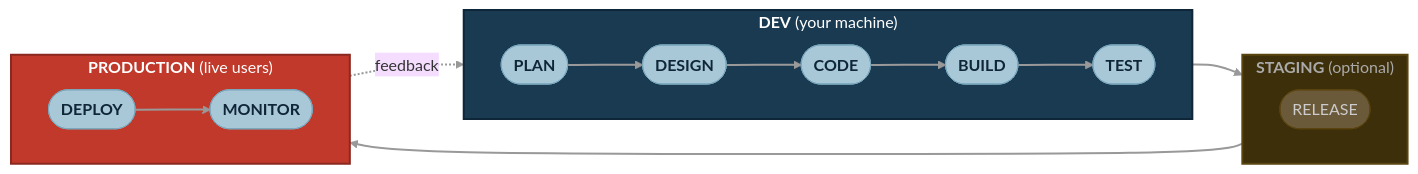
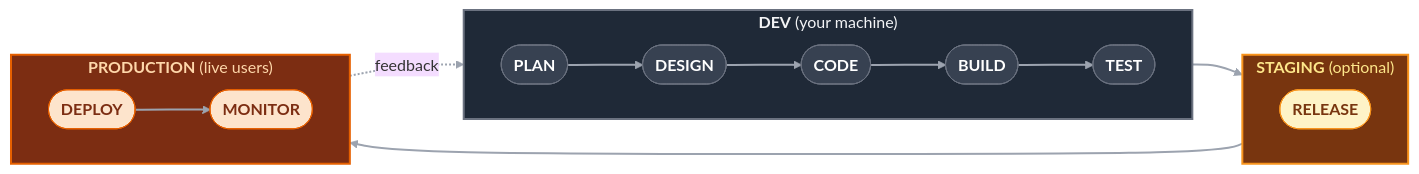
Before and after one commit to PuttTim/orbital-26-deployment-workshop: the third of 9 diagrams in slides/pages/part-1.md, drawn with Mermaid (base theme). The commit also changed other lines of this file and 1 other file, not shown here.

````diff
--- a/slides/pages/part-1.md
+++ b/slides/pages/part-1.md
@@ -194,31 +194,30 @@
 ```mermaid {scale: 0.68}
 flowchart LR
     subgraph DEV["<b>DEV</b> (your machine)"]
         direction LR
         P([PLAN]) --> D([DESIGN]) --> C([CODE]) --> B([BUILD]) --> T([TEST])
     end
     subgraph STG["<b>STAGING</b> (optional)"]
         direction LR
         R([RELEASE])
     end
     subgraph PROD["<b>PRODUCTION</b> (live users)"]
         direction LR
         O([DEPLOY]) --> M([MONITOR])
     end
     T ==> R ==> O
     M -.feedback.-> P
 
-    classDef devBox fill:#1a3a52,color:#fff,stroke:#0f2538,stroke-width:2px
-    classDef stgBox fill:#3d2f0a,color:#aaa,stroke:#5a4410,stroke-width:2px
-    classDef prodBox fill:#c0392b,color:#fff,stroke:#8b2820,stroke-width:2px
-    classDef phase fill:#a8c8d8,color:#0f2538,stroke:#7ba8bd,stroke-width:1px,font-weight:bold
-    classDef stgPhase fill:#6b5a3a,color:#ccc,stroke:#5a4410,stroke-width:1px
+    classDef phase fill:#374151,color:#ffffff,stroke:#6b7280,stroke-width:1px,font-weight:bold
+    classDef stgPhase fill:#fef3c7,color:#78350f,stroke:#f8941d,stroke-width:1px,font-weight:bold
+    classDef prodPhase fill:#fde4cc,color:#7c2d12,stroke:#e66000,stroke-width:1px,font-weight:bold
 
-    class DEV devBox
-    class STG stgBox
-    class PROD prodBox
+    style DEV fill:#1f2937,stroke:#6b7280,stroke-width:2px,color:#f3f4f6
+    style STG fill:#78350f,stroke:#f8941d,stroke-width:2px,color:#fde68a
+    style PROD fill:#7c2d12,stroke:#e66000,stroke-width:2px,color:#fed7aa
+
     class P,D,C,B,T phase
     class R stgPhase
-    class O,M phase
-    linkStyle default stroke:#999,stroke-width:2px
+    class O,M prodPhase
+    linkStyle default stroke:#9ca3af,stroke-width:2px
 ```
````
